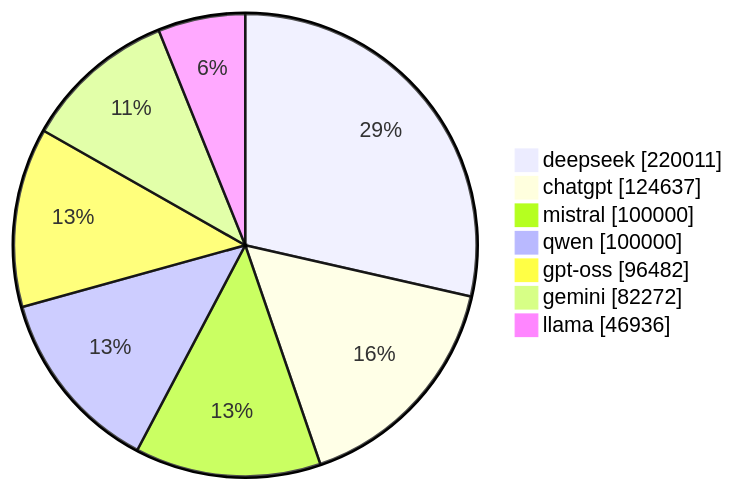
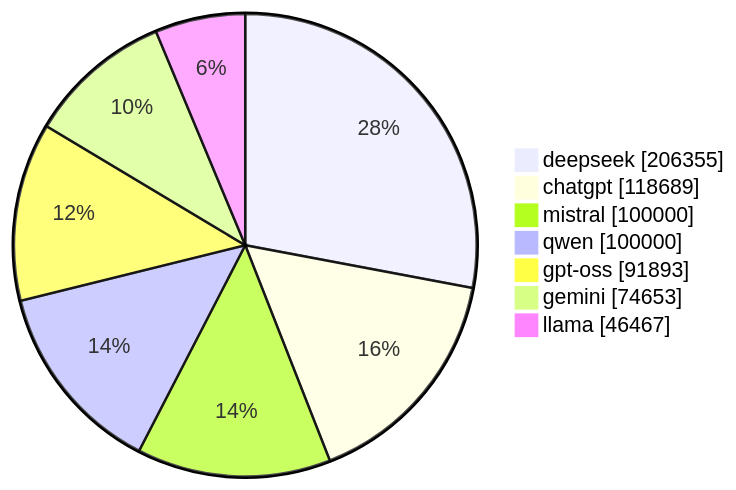
Before and after one commit to gqgs/llm100kbench: the diagram in README.md, drawn with Mermaid. The commit also changed other lines of this file and 17 other files, not shown here.

````diff
--- a/README.md
+++ b/README.md
@@ -50,10 +50,10 @@
 ```mermaid
 pie showData
-    "deepseek" : 220011
-    "chatgpt" : 124637
+    "deepseek" : 206355
+    "chatgpt" : 118689
     "mistral" : 100000
     "qwen" : 100000
-    "gpt-oss" : 96482
-    "gemini" : 82272
-    "llama" : 46936
+    "gpt-oss" : 91893
+    "gemini" : 74653
+    "llama" : 46467
 ```
````
